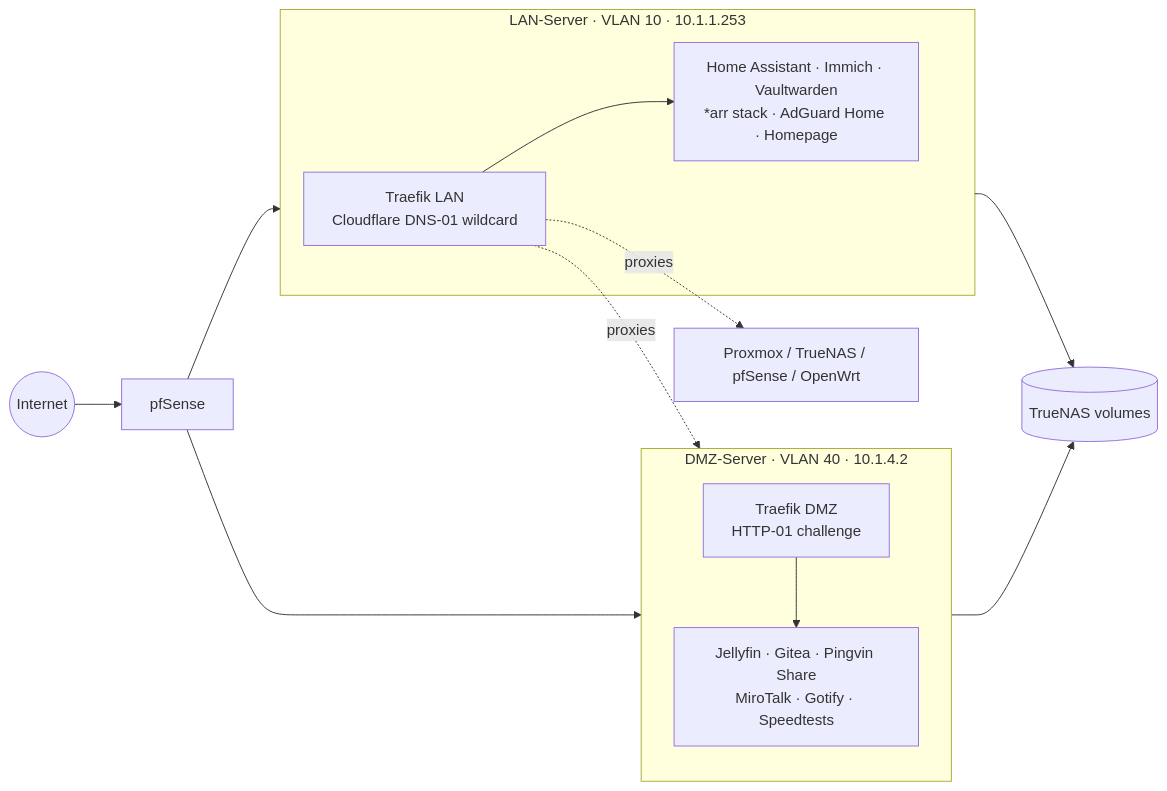
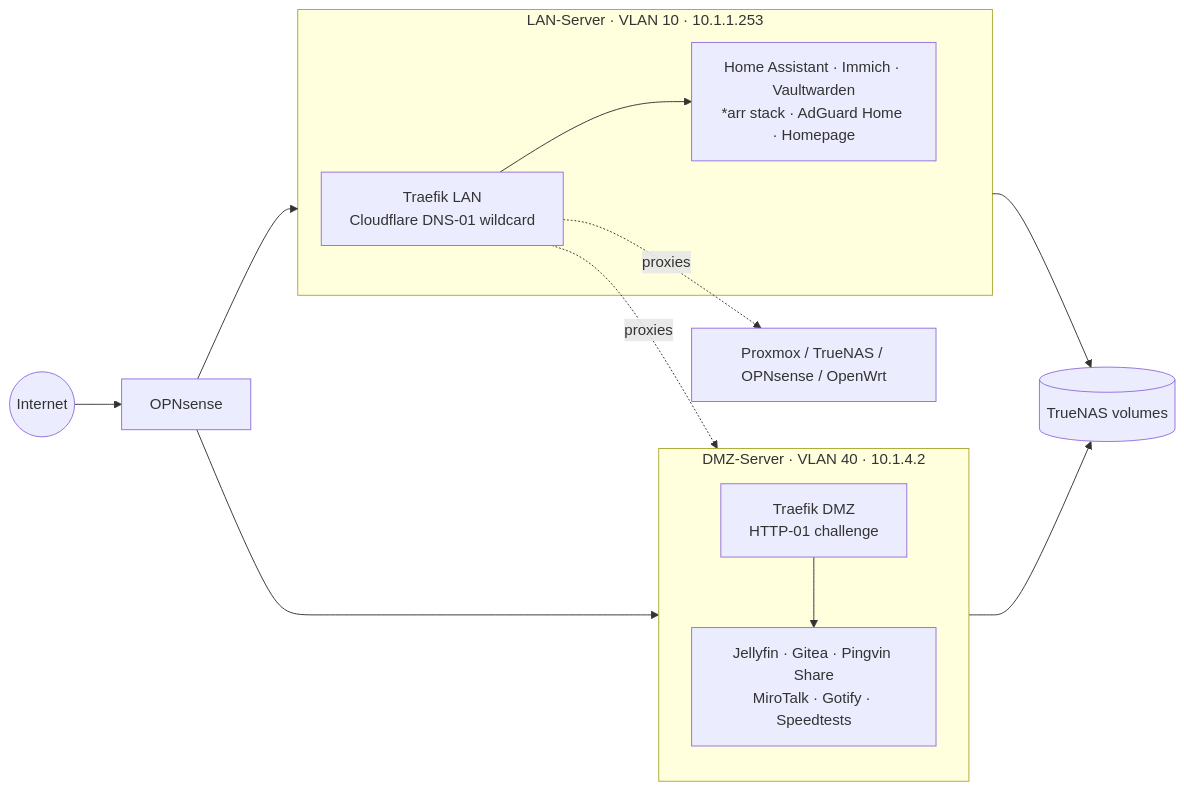
The diagram in README.md (SSAnkur/My-Homelab), drawn with Mermaid before and after one commit. The commit also changed other lines of this file and 3 other files, not shown here.

Commit message:
Migrate pfSense to OPNsense

````diff
--- a/README.md
+++ b/README.md
@@ -48,19 +48,19 @@
 ```mermaid
 flowchart LR
-    Internet((Internet)) --> FW[pfSense]
+    Internet((Internet)) --> FW[OPNsense]
     FW --> DMZ
     FW --> LAN
 
     subgraph DMZ["DMZ-Server · VLAN 40 · 10.1.4.2"]
         TD[Traefik DMZ<br/>HTTP-01 challenge] --> DS[Jellyfin · Gitea · Pingvin Share<br/>MiroTalk · Gotify · Speedtests]
     end
 
     subgraph LAN["LAN-Server · VLAN 10 · 10.1.1.253"]
         TL[Traefik LAN<br/>Cloudflare DNS-01 wildcard] --> LS[Home Assistant · Immich · Vaultwarden<br/>*arr stack · AdGuard Home · Homepage]
     end
 
-    TL -. proxies .-> PVE[Proxmox / TrueNAS / pfSense / OpenWrt]
+    TL -. proxies .-> PVE[Proxmox / TrueNAS / OPNsense / OpenWrt]
     TL -. proxies .-> DMZ
     LAN --> NAS[(TrueNAS volumes)]
     DMZ --> NAS
 ```
````
